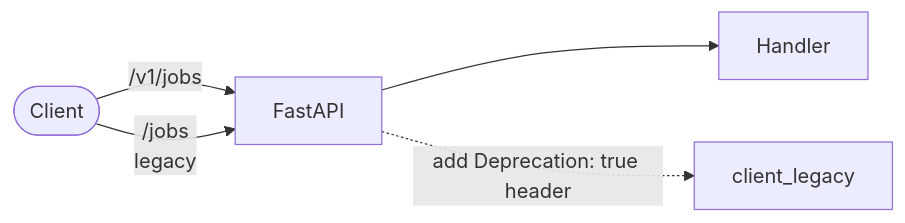
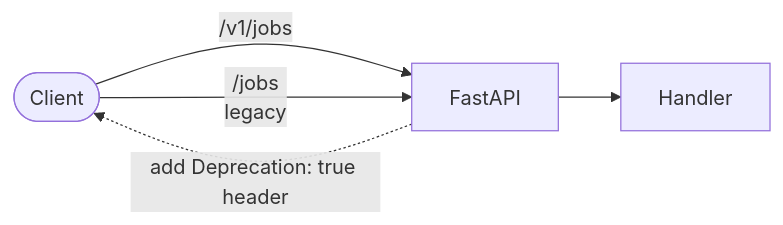
Before and after one commit to truongqv12/ntd_audio: the diagram in docs/en/api.md, drawn with Mermaid. The commit also changed other lines of this file and 9 other files, not shown here.

First line of the commit message:
docs: sync feature-map / api / database / architecture with shipped surface

````diff
--- a/docs/en/api.md
+++ b/docs/en/api.md
@@ -17,7 +17,7 @@
 ```mermaid
 flowchart LR
   client([Client]) -->|/v1/jobs| api[FastAPI]
   client -->|/jobs<br/>legacy| api
   api --> handler[Handler]
-  api -. add Deprecation: true header .-> client_legacy
+  api -. add Deprecation: true header .-> client
 ```
````
